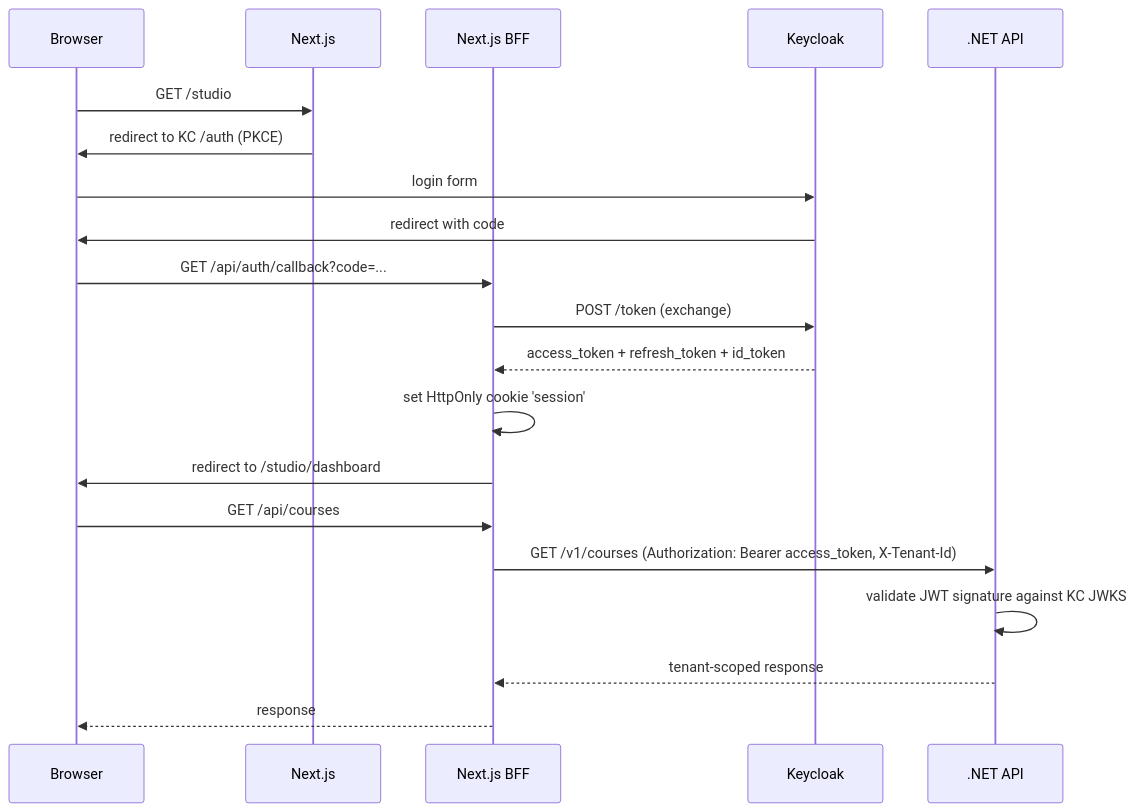
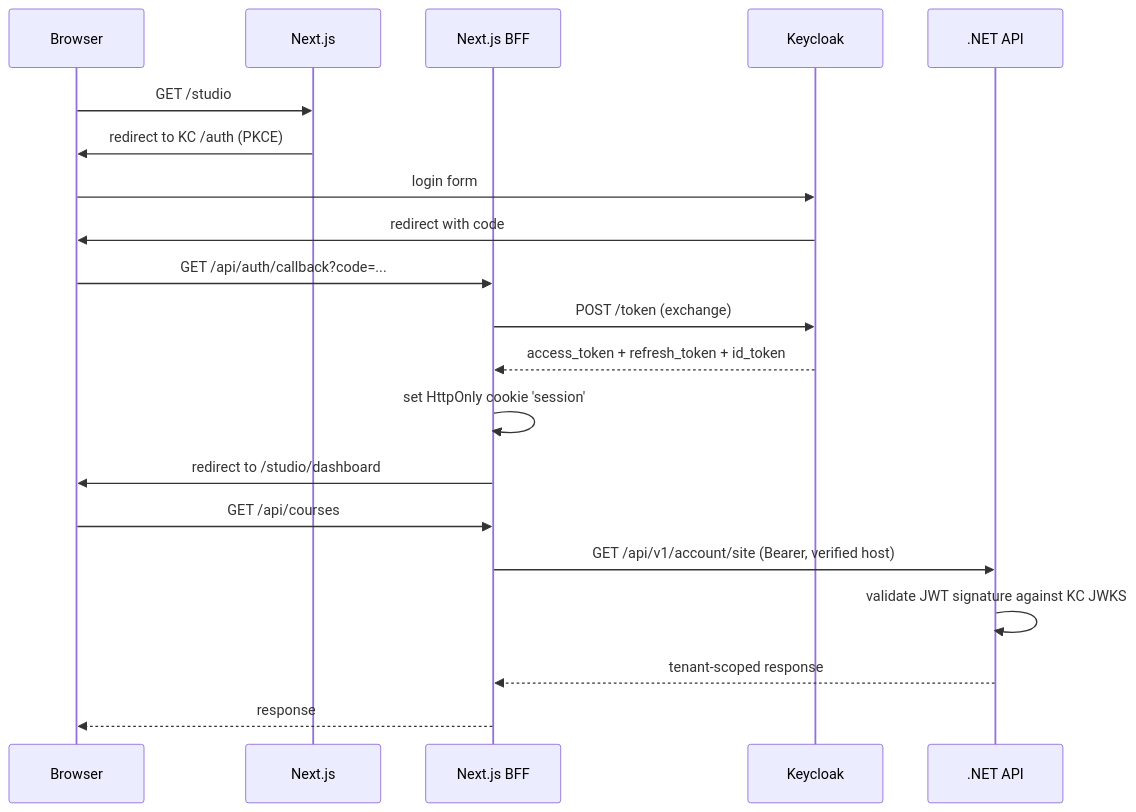
Before and after one commit to HodeTech/LearnStack: the second of 3 diagrams in docs/architecture/13-identity-and-auth.md, drawn with Mermaid. The commit also changed other lines of this file and 207 other files, not shown here.

First line of the commit message:
feat(kernel): authenticate tenant API with a closed read boundary (#33)

````diff
--- a/docs/architecture/13-identity-and-auth.md
+++ b/docs/architecture/13-identity-and-auth.md
@@ -65,23 +118,23 @@
 ```mermaid
 sequenceDiagram
     participant Browser
     participant Web as Next.js
     participant BFF as Next.js BFF
     participant KC as Keycloak
     participant API as .NET API
 
     Browser->>Web: GET /studio
     Web->>Browser: redirect to KC /auth (PKCE)
     Browser->>KC: login form
     KC->>Browser: redirect with code
     Browser->>BFF: GET /api/auth/callback?code=...
     BFF->>KC: POST /token (exchange)
     KC-->>BFF: access_token + refresh_token + id_token
     BFF->>BFF: set HttpOnly cookie 'session'
     BFF->>Browser: redirect to /studio/dashboard
     Browser->>BFF: GET /api/courses
-    BFF->>API: GET /v1/courses (Authorization: Bearer access_token, X-Tenant-Id)
+    BFF->>API: GET /api/v1/account/site (Bearer, verified host)
     API->>API: validate JWT signature against KC JWKS
     API-->>BFF: tenant-scoped response
     BFF-->>Browser: response
 ```
````
